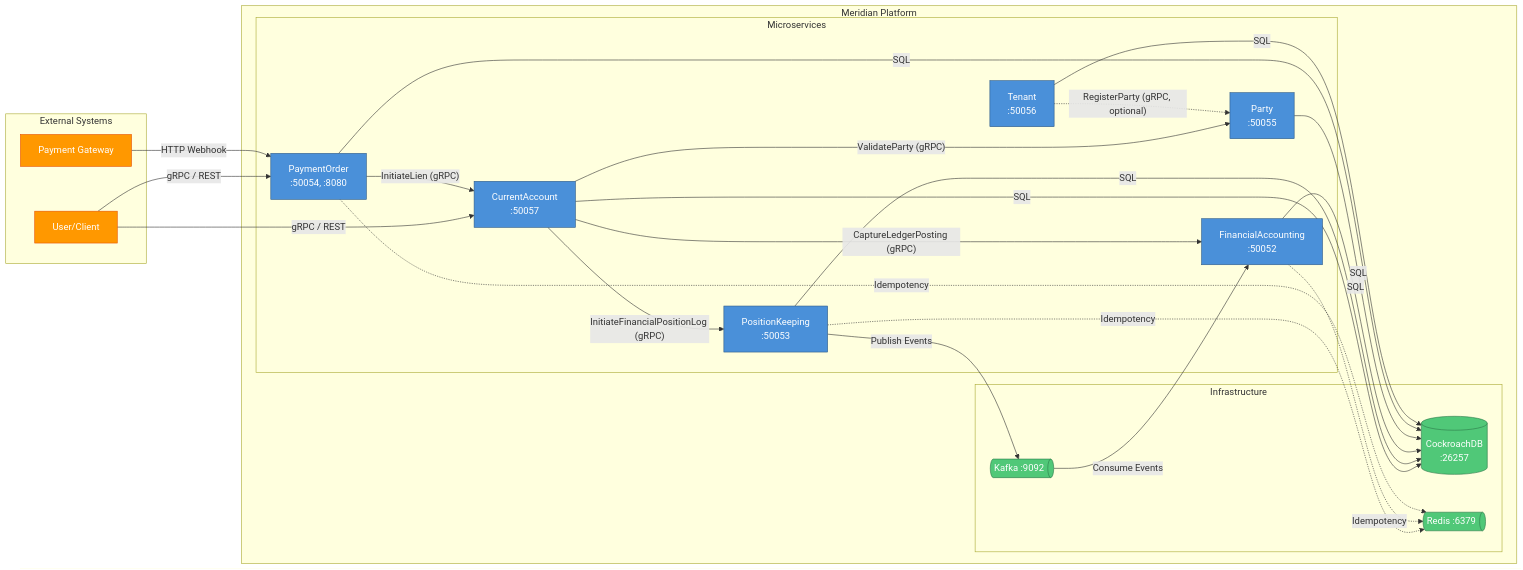
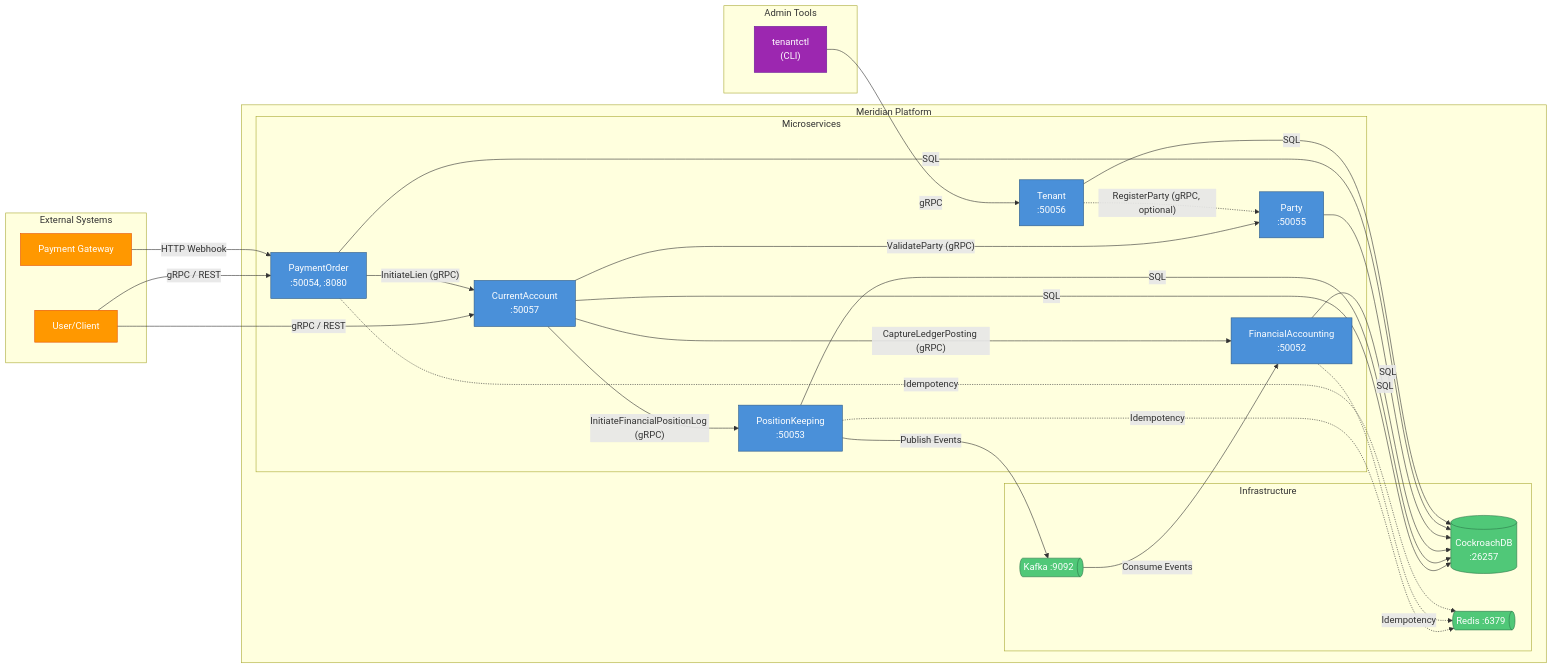
One commit to meridianhub/meridian changed the diagram in services/README.md. Above: the diagram before and after it, drawn with Mermaid. The commit also changed other lines of this file, not shown here.

First line of the commit message:
docs: Add tenantctl CLI to architecture diagram and documentation

````diff
--- a/services/README.md
+++ b/services/README.md
@@ -10,61 +10,70 @@
 ```mermaid
 flowchart LR
     subgraph External["External Systems"]
         User["User/Client"]
         Gateway["Payment Gateway"]
+    end
+
+    subgraph Admin["Admin Tools"]
+        TenantCtl["tenantctl<br/>(CLI)"]
     end
 
     subgraph Platform["Meridian Platform"]
         subgraph Services["Microservices"]
             CA["CurrentAccount<br/>:50057"]
             PK["PositionKeeping<br/>:50053"]
             FA["FinancialAccounting<br/>:50052"]
             Party["Party<br/>:50055"]
             PO["PaymentOrder<br/>:50054, :8080"]
             Tenant["Tenant<br/>:50056"]
         end
 
         subgraph Infrastructure["Infrastructure"]
             DB[("CockroachDB<br/>:26257")]
             Kafka@{ shape: das, label: "Kafka :9092" }
             Redis@{ shape: das, label: "Redis :6379" }
         end
     end
+
+    %% Admin tool connections
+    TenantCtl -->|"gRPC"| Tenant
 
     %% External connections
     User -->|"gRPC / REST"| CA
     User -->|"gRPC / REST"| PO
     Gateway -->|"HTTP Webhook"| PO
 
     %% gRPC inter-service calls
     CA -->|"ValidateParty (gRPC)"| Party
     CA -->|"InitiateFinancialPositionLog (gRPC)"| PK
     CA -->|"CaptureLedgerPosting (gRPC)"| FA
     PO -->|"InitiateLien (gRPC)"| CA
     Tenant -.->|"RegisterParty (gRPC, optional)"| Party
 
     %% Kafka event streaming
     PK -->|"Publish Events"| Kafka
     Kafka -->|"Consume Events"| FA
 
     %% Database connections
     CA -->|"SQL"| DB
     PK -->|"SQL"| DB
     FA -->|"SQL"| DB
     Party -->|"SQL"| DB
     PO -->|"SQL"| DB
     Tenant -->|"SQL"| DB
 
     %% Redis (optional idempotency)
     PK -.->|"Idempotency"| Redis
     FA -.->|"Idempotency"| Redis
     PO -.->|"Idempotency"| Redis
 
     classDef service fill:#4a90d9,stroke:#2d5a87,color:#fff
     classDef storage fill:#50c878,stroke:#2d7a4a,color:#fff
     classDef external fill:#ff9800,stroke:#e65100,color:#fff
+    classDef admin fill:#9c27b0,stroke:#6a1b9a,color:#fff
 
     class CA,PK,FA,Party,PO,Tenant service
     class DB,Kafka,Redis storage
     class User,Gateway external
+    class TenantCtl admin
 ```
````
